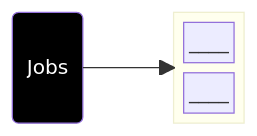
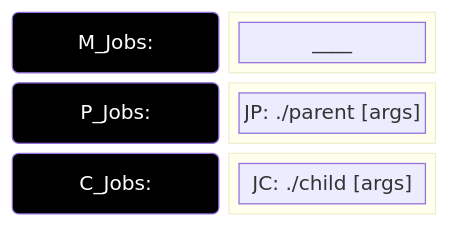
The third of 6 diagrams in docs/slidev/slides/Workflow-2.1.md (duclos-cavalcanti/TreeBuilder), drawn with Mermaid before and after one commit. The commit also changed other lines of this file and 4 other files, not shown here.

````diff
--- a/docs/slidev/slides/Workflow-2.1.md
+++ b/docs/slidev/slides/Workflow-2.1.md
@@ -66,14 +66,25 @@
 ```mermaid
 block-beta
-    J("<font color=white>Jobs")
-    space
-    block:items
+    columns 2
+    JM("<font color=white>M_Jobs:"):1
+    block:mitems
         columns 1
         A["____"] 
-        B["____"] 
     end
 
-    J --> items
+    JP("<font color=white>P_Jobs:"):1
+    block:pitems
+        columns 1
+        B["JP: ./parent [args]"] 
+    end
 
-    style J fill:#000000
+    JC("<font color=white>C_Jobs:"):1
+    block:citems
+        columns 1
+        C["JC: ./child [args]"] 
+    end
+
+    style JM fill:#000000
+    style JP fill:#000000
+    style JC fill:#000000
 ```
````
